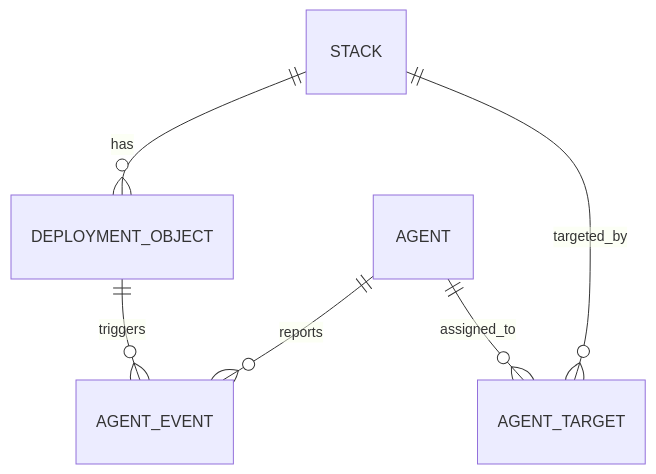
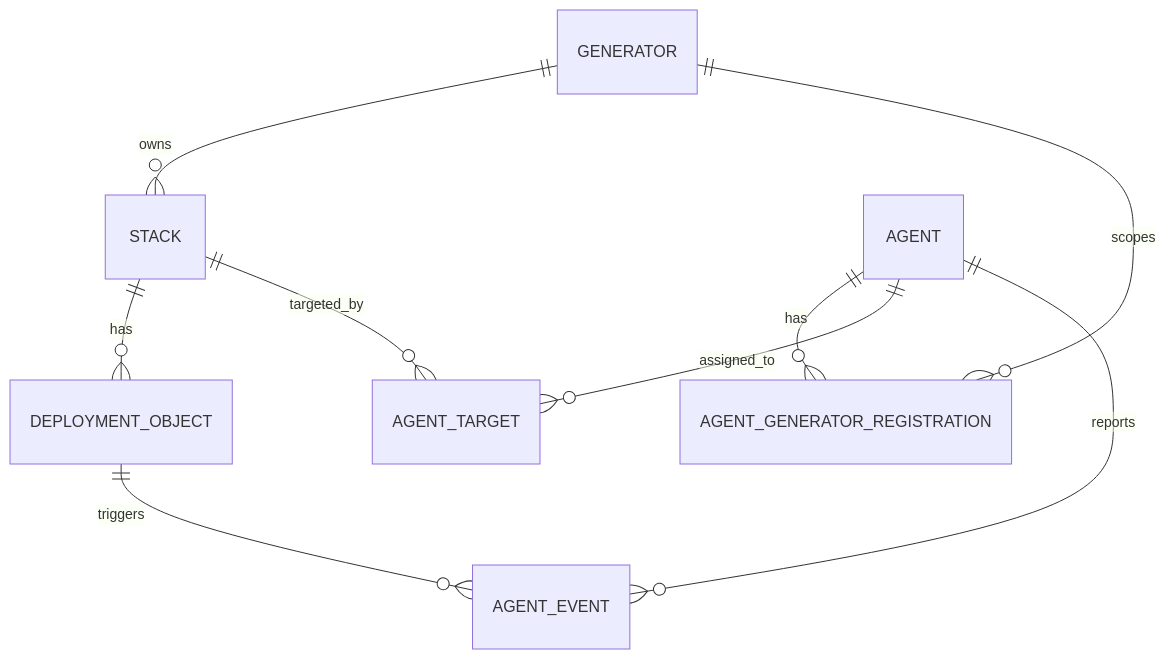
Before and after one commit to colliery-io/brokkr: the second of 4 diagrams in docs/src/explanation/core-concepts.md, drawn with Mermaid. The commit also changed other lines of this file and 48 other files, not shown here.

````diff
--- a/docs/src/explanation/core-concepts.md
+++ b/docs/src/explanation/core-concepts.md
@@ -96,8 +104,11 @@
 ```mermaid
 erDiagram
+    GENERATOR ||--o{ STACK : owns
+    GENERATOR ||--o{ AGENT_GENERATOR_REGISTRATION : scopes
+    AGENT ||--o{ AGENT_GENERATOR_REGISTRATION : has
     STACK ||--o{ DEPLOYMENT_OBJECT : has
     AGENT ||--o{ AGENT_TARGET : assigned_to
     STACK ||--o{ AGENT_TARGET : targeted_by
     DEPLOYMENT_OBJECT ||--o{ AGENT_EVENT : triggers
     AGENT ||--o{ AGENT_EVENT : reports
 ```
````
